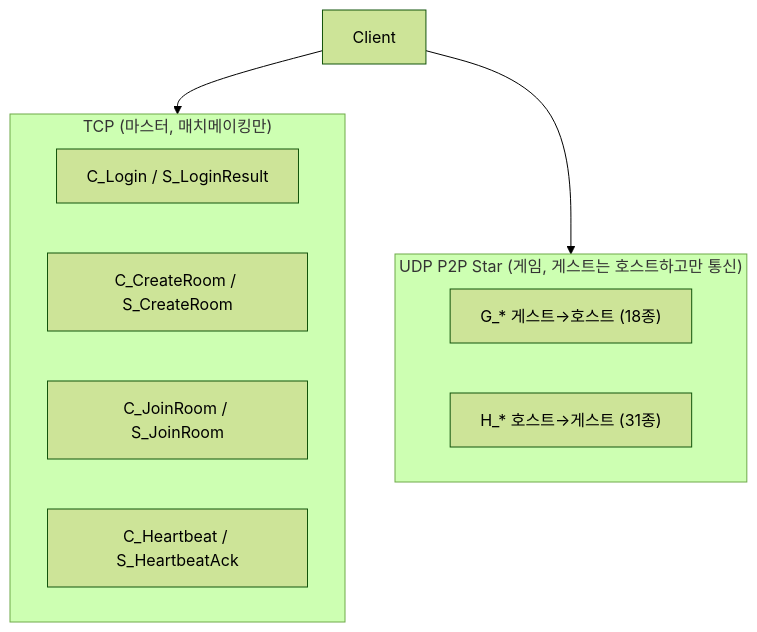
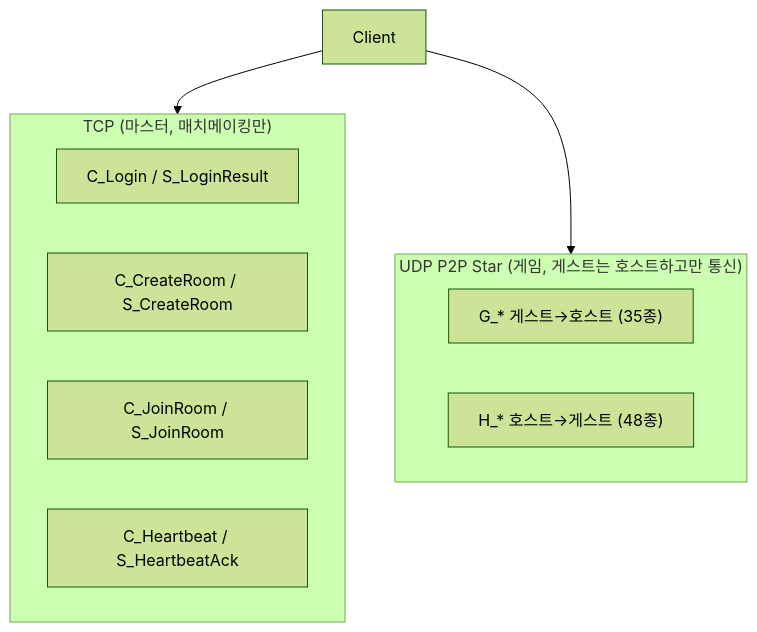
One commit to ksjgusdh123/PocoPoachers changed the diagram in Docs/development/network-packets.md. Above: the diagram before and after it, drawn with Mermaid (forest theme). The commit also changed other lines of this file and 12 other files, not shown here.

````diff
--- a/Docs/development/network-packets.md
+++ b/Docs/development/network-packets.md
@@ -12,17 +12,17 @@
 ```mermaid
 flowchart TB
     subgraph TCP["TCP (마스터, 매치메이킹만)"]
         Login[C_Login / S_LoginResult]
         Room[C_CreateRoom / S_CreateRoom]
         Join[C_JoinRoom / S_JoinRoom]
         HB[C_Heartbeat / S_HeartbeatAck]
     end
 
     subgraph UDP["UDP P2P Star (게임, 게스트는 호스트하고만 통신)"]
-        G["G_* 게스트→호스트 (18종)"]
-        H["H_* 호스트→게스트 (31종)"]
+        G["G_* 게스트→호스트 (35종)"]
+        H["H_* 호스트→게스트 (48종)"]
     end
 
     Client --> TCP
     Client --> UDP
 ```
````
